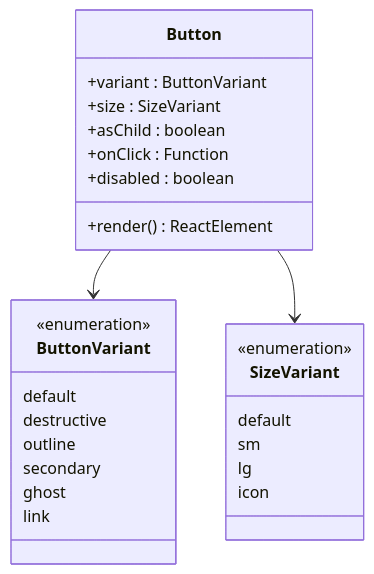
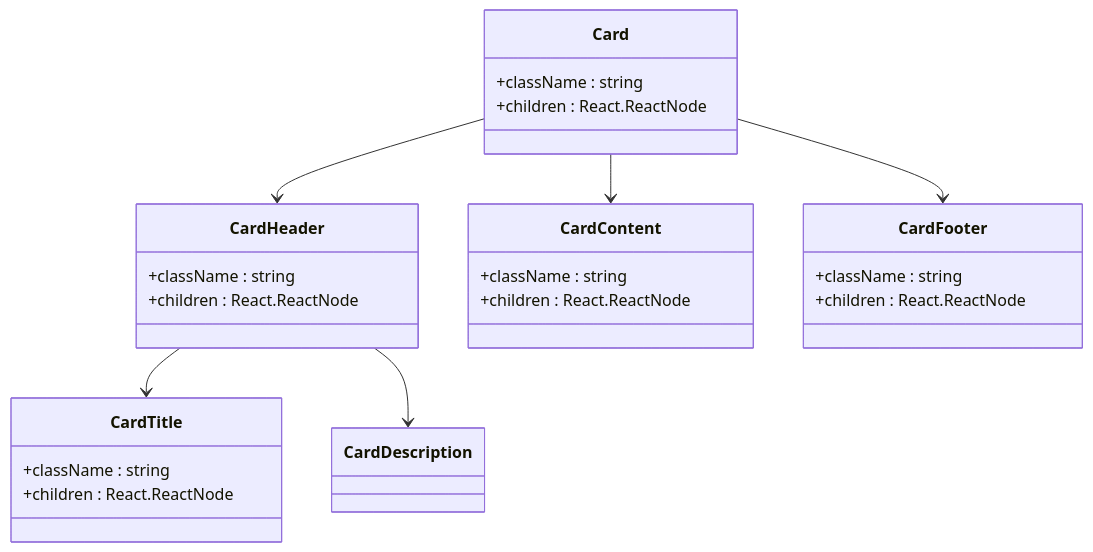
The fourth of 24 diagrams in .qoder/repowiki/zh/content/开发指南/UI_UX专业设计系统.md (RadiumAg/bilibili-favorites), drawn with Mermaid before and after one commit. The commit also changed other lines of this file and 21 other files, not shown here.

````diff
--- a/.qoder/repowiki/zh/content/开发指南/UI_UX专业设计系统.md
+++ b/.qoder/repowiki/zh/content/开发指南/UI_UX专业设计系统.md
@@ -317,29 +206,28 @@
 ```mermaid
 classDiagram
-class Button {
-+variant : ButtonVariant
-+size : SizeVariant
-+asChild : boolean
-+onClick : Function
-+disabled : boolean
-+render() ReactElement
+class Card {
++className : string
++children : React.ReactNode
 }
-class ButtonVariant {
-<<enumeration>>
-default
-destructive
-outline
-secondary
-ghost
-link
+class CardHeader {
++className : string
++children : React.ReactNode
 }
-class SizeVariant {
-<<enumeration>>
-default
-sm
-lg
-icon
+class CardTitle {
++className : string
++children : React.ReactNode
 }
-Button --> ButtonVariant
-Button --> SizeVariant
+class CardContent {
++className : string
++children : React.ReactNode
+}
+class CardFooter {
++className : string
++children : React.ReactNode
+}
+Card --> CardHeader
+Card --> CardContent
+Card --> CardFooter
+CardHeader --> CardTitle
+CardHeader --> CardDescription
 ```
````
